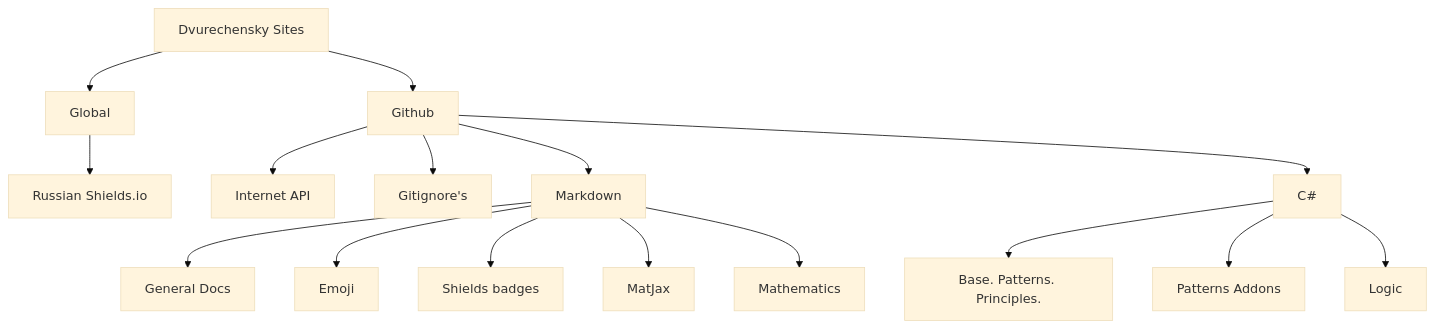
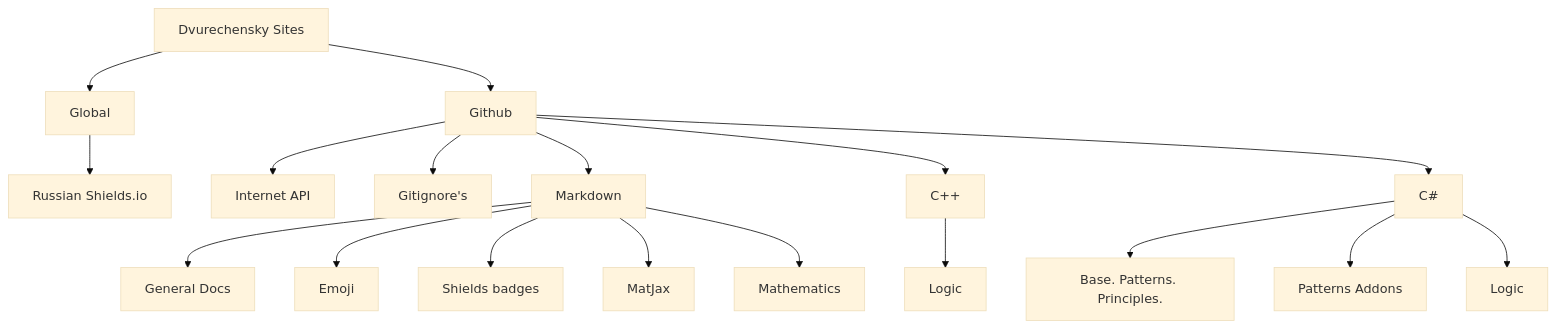
Before and after one commit to Dvurechensky/Dvurechensky: the second of 2 diagrams in README.md, drawn with Mermaid (base theme). The commit also changed other lines of this file and 1 other file, not shown here.

````diff
--- a/README.md
+++ b/README.md
@@ -70,18 +71,20 @@
 ```mermaid
 graph TD
   A[Dvurechensky Sites] --> B[Global]
   A[Dvurechensky Sites] --> C[Github]
   B --> E[Russian Shields.io]
   C --> M[Internet API]
   C --> G[Gitignore's]
   C --> H[Markdown]
+  C --> W[C++]
+  W --> W1[Logic]
   C --> N[C#]
   N --> N1[Base. Patterns. Principles.]
   N --> N2[Patterns Addons]
   N --> N3[Logic]
   H --> K[General Docs]
   H --> L[Emoji]
   H --> Z[Shields badges]
   H --> X[MatJax]
   H --> V[Mathematics]
 ```
````
